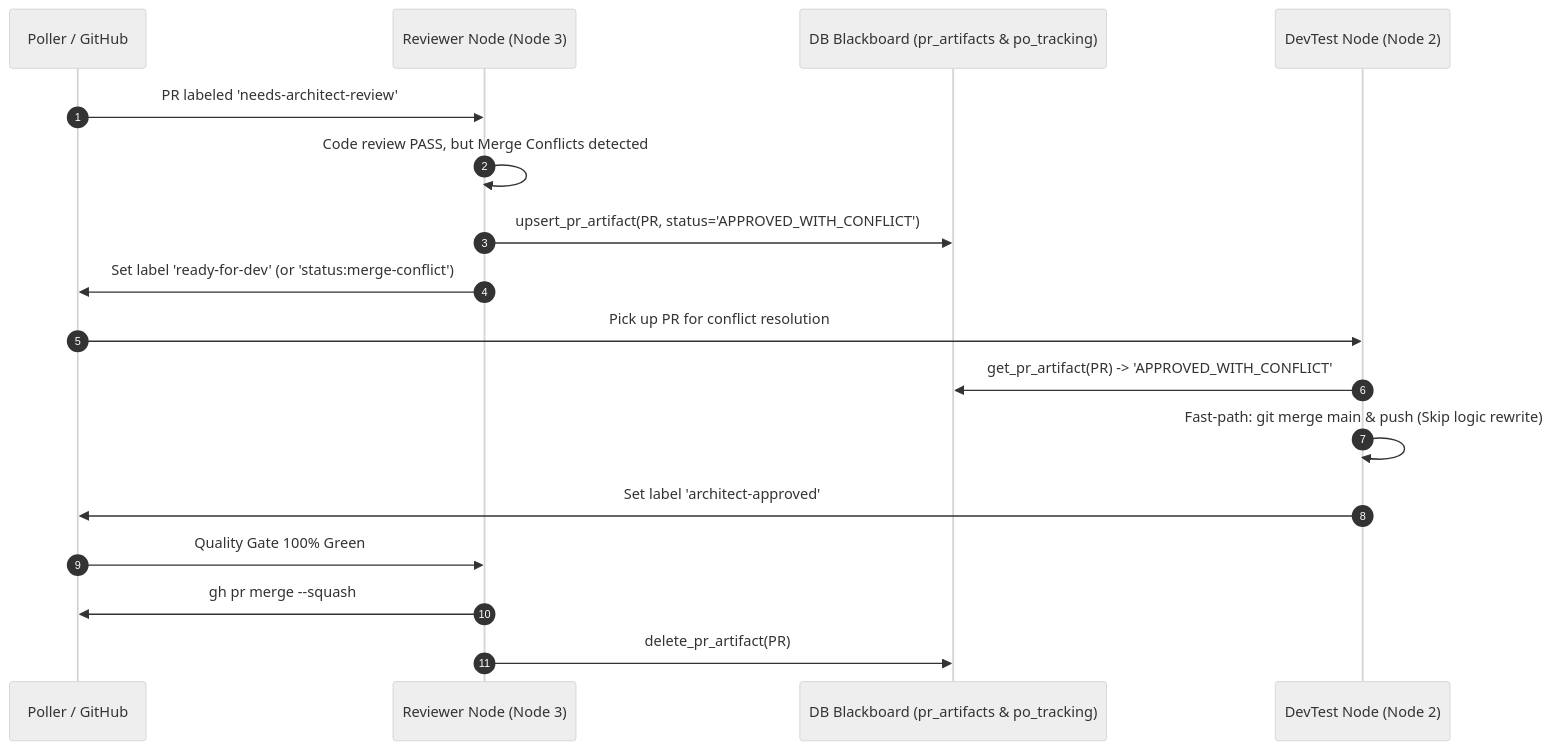
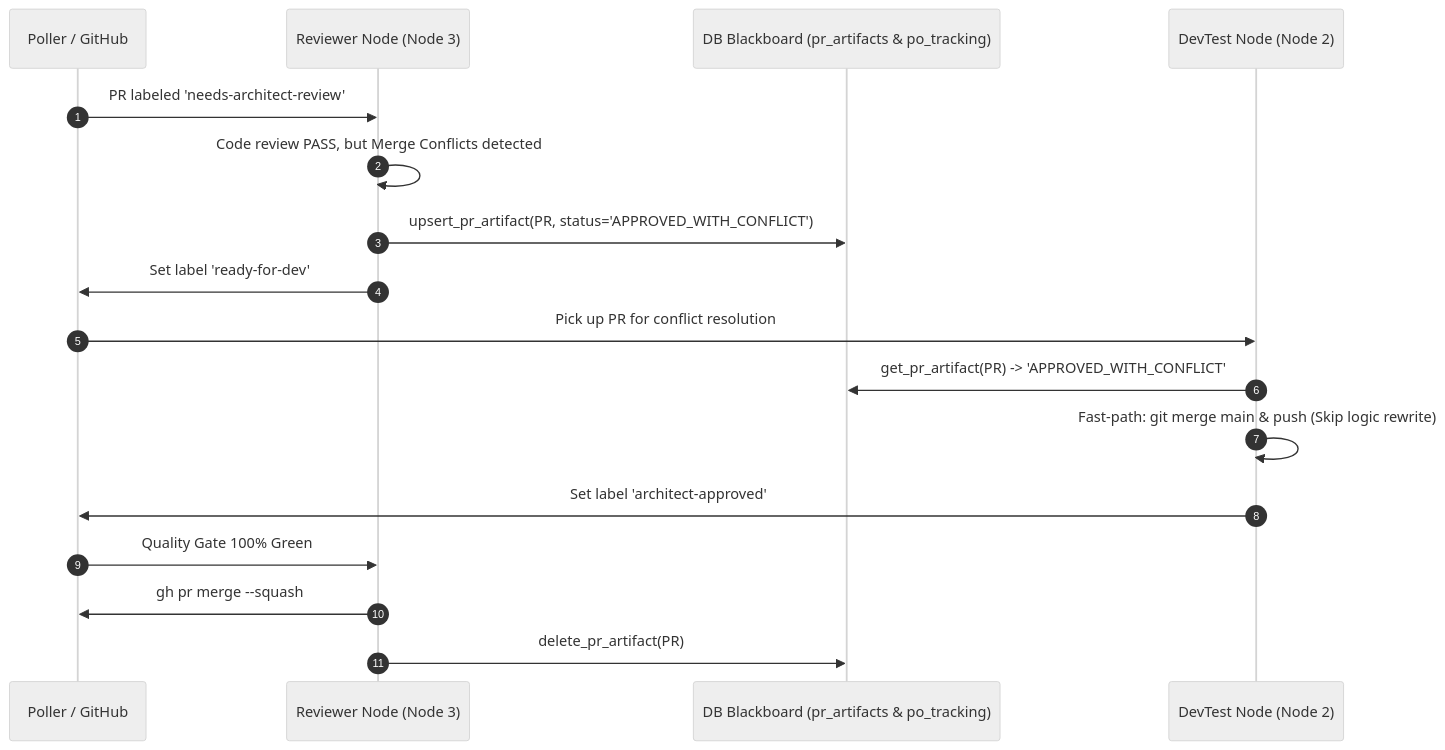
The third of 5 diagrams in .graph/architecture.md (AntaresAndBharani/graph-engineering), drawn with Mermaid (neutral theme) before and after one commit. The commit also changed other lines of this file and 8 other files, not shown here.

First line of the commit message:
docs: harmonize architecture docs, README, and node guides with 2-node parallel topology (#132)

````diff
--- a/.graph/architecture.md
+++ b/.graph/architecture.md
@@ -237,20 +253,20 @@
 ```mermaid
 sequenceDiagram
     autonumber
     participant Poller as Poller / GitHub
     participant Reviewer as Reviewer Node (Node 3)
     participant Blackboard as DB Blackboard (pr_artifacts & po_tracking)
     participant DevTest as DevTest Node (Node 2)
 
     Poller->>Reviewer: PR labeled 'needs-architect-review'
     Reviewer->>Reviewer: Code review PASS, but Merge Conflicts detected
     Reviewer->>Blackboard: upsert_pr_artifact(PR, status='APPROVED_WITH_CONFLICT')
-    Reviewer->>Poller: Set label 'ready-for-dev' (or 'status:merge-conflict')
+    Reviewer->>Poller: Set label 'ready-for-dev'
     Poller->>DevTest: Pick up PR for conflict resolution
     DevTest->>Blackboard: get_pr_artifact(PR) -> 'APPROVED_WITH_CONFLICT'
     DevTest->>DevTest: Fast-path: git merge main & push (Skip logic rewrite)
     DevTest->>Poller: Set label 'architect-approved'
     Poller->>Reviewer: Quality Gate 100% Green
     Reviewer->>Poller: gh pr merge --squash
     Reviewer->>Blackboard: delete_pr_artifact(PR)
 ```
````
